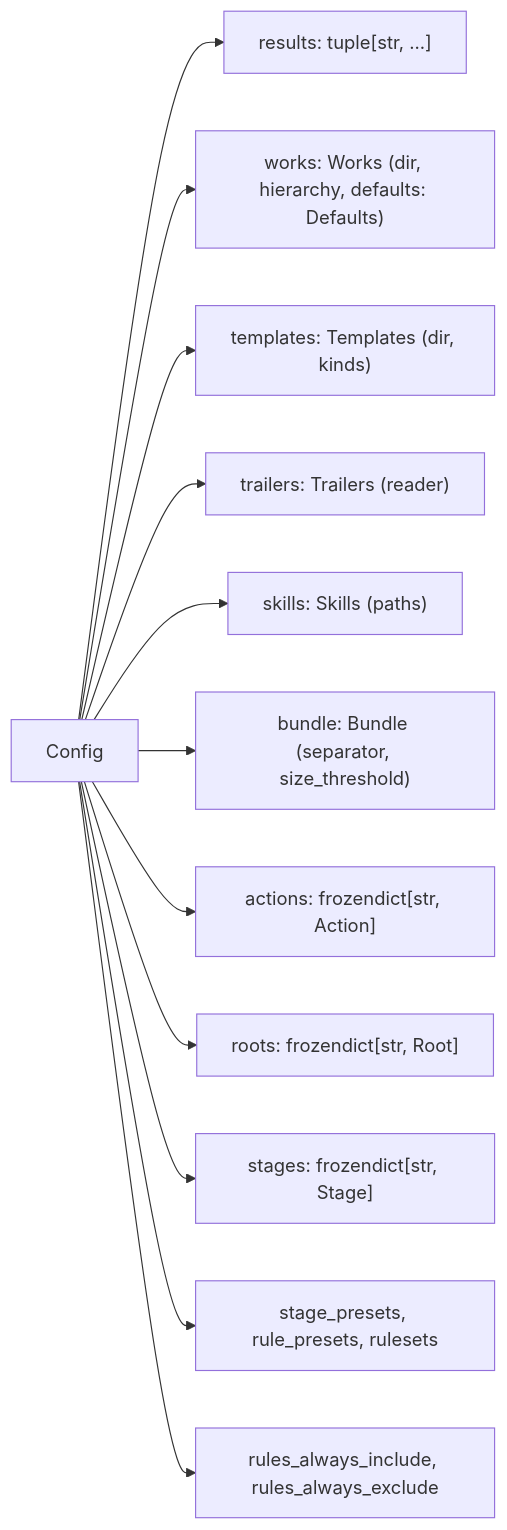
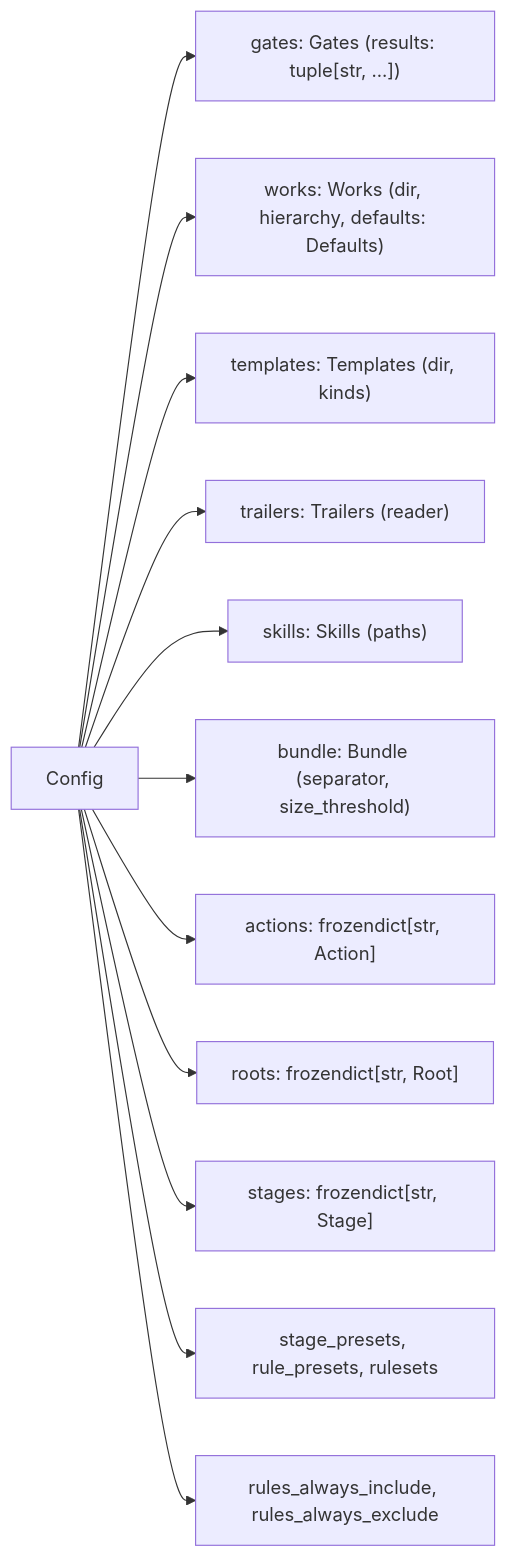
One commit to msitarz/wio changed the diagram in .agents/wio/works/config/model/README.md. Above: the diagram before and after it, drawn with Mermaid. The commit also changed other lines of this file and 19 other files, not shown here.

````diff
--- a/.agents/wio/works/config/model/README.md
+++ b/.agents/wio/works/config/model/README.md
@@ -62,15 +66,15 @@
 ```mermaid
 flowchart LR
     config["Config"]
-    config --> results["results: tuple[str, ...]"]
+    config --> gates["gates: Gates (results: tuple[str, ...])"]
     config --> works["works: Works (dir, hierarchy, defaults: Defaults)"]
     config --> templates["templates: Templates (dir, kinds)"]
     config --> trailers["trailers: Trailers (reader)"]
     config --> skills["skills: Skills (paths)"]
     config --> bundle["bundle: Bundle (separator, size_threshold)"]
     config --> actions["actions: frozendict[str, Action]"]
     config --> roots["roots: frozendict[str, Root]"]
     config --> stages["stages: frozendict[str, Stage]"]
     config --> presets["stage_presets, rule_presets, rulesets"]
     config --> always["rules_always_include, rules_always_exclude"]
 ```
````
